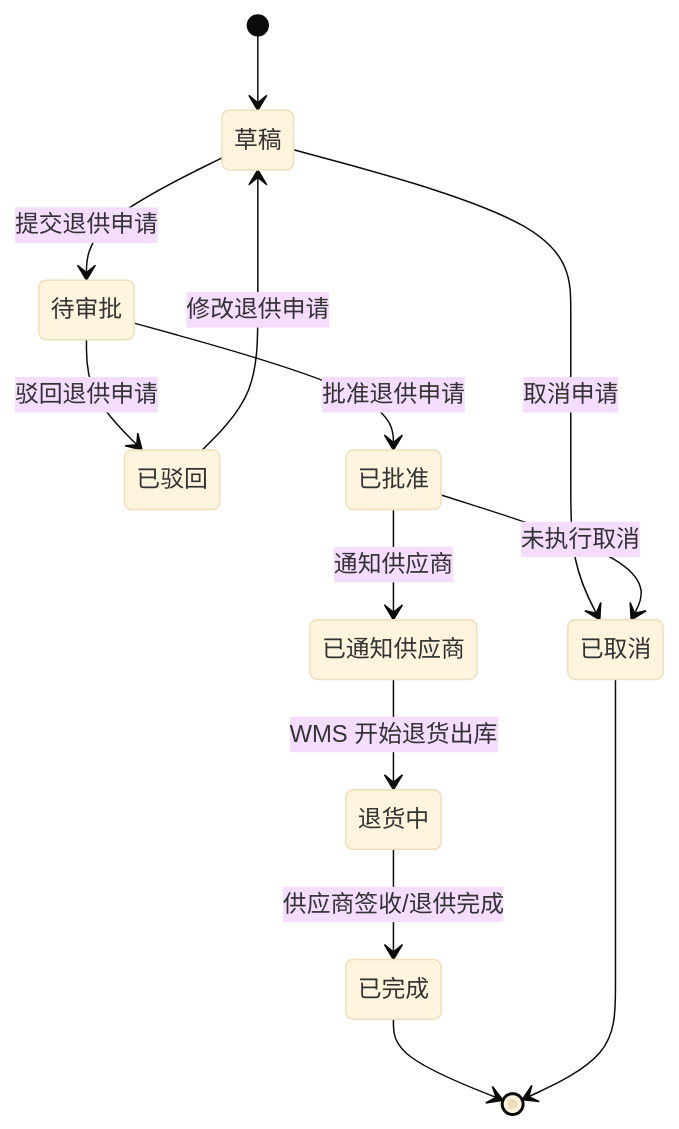
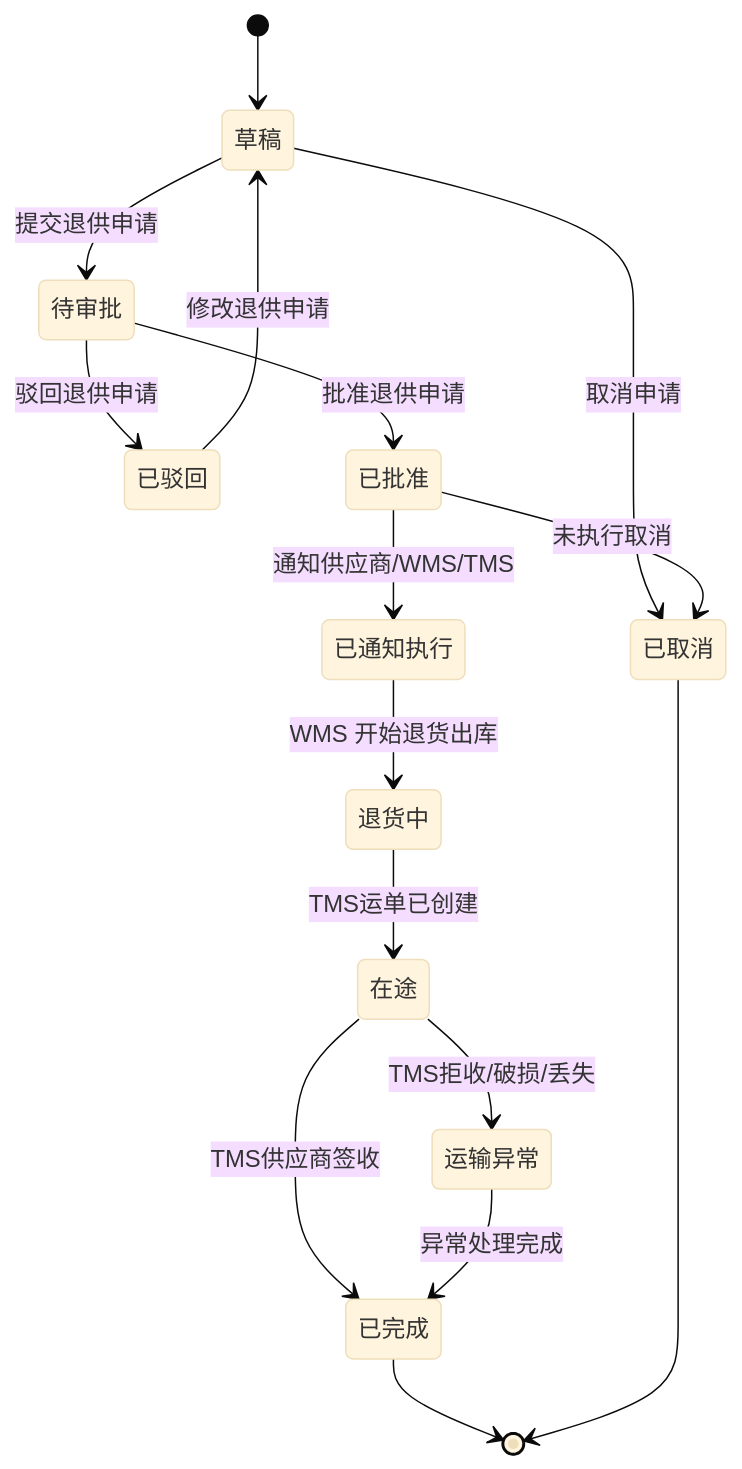
One commit to chao1927/scm changed the seventh of 7 diagrams in docs/03-核心业务模型/02-采购领域模型/01-采购系统领域模型.md. Above: the diagram before and after it, drawn with Mermaid (base theme). The commit also changed other lines of this file and 118 other files, not shown here.

````diff
--- a/docs/03-核心业务模型/02-采购领域模型/01-采购系统领域模型.md
+++ b/docs/03-核心业务模型/02-采购领域模型/01-采购系统领域模型.md
@@ -441,15 +450,18 @@
 ```mermaid
 stateDiagram-v2
   [*] --> 草稿
   草稿 --> 待审批: 提交退供申请
   待审批 --> 已驳回: 驳回退供申请
   已驳回 --> 草稿: 修改退供申请
   待审批 --> 已批准: 批准退供申请
-  已批准 --> 已通知供应商: 通知供应商
-  已通知供应商 --> 退货中: WMS 开始退货出库
-  退货中 --> 已完成: 供应商签收/退供完成
+  已批准 --> 已通知执行: 通知供应商/WMS/TMS
+  已通知执行 --> 退货中: WMS 开始退货出库
+  退货中 --> 在途: TMS运单已创建
+  在途 --> 已完成: TMS供应商签收
+  在途 --> 运输异常: TMS拒收/破损/丢失
+  运输异常 --> 已完成: 异常处理完成
   草稿 --> 已取消: 取消申请
   已批准 --> 已取消: 未执行取消
   已完成 --> [*]
   已取消 --> [*]
 ```
````
